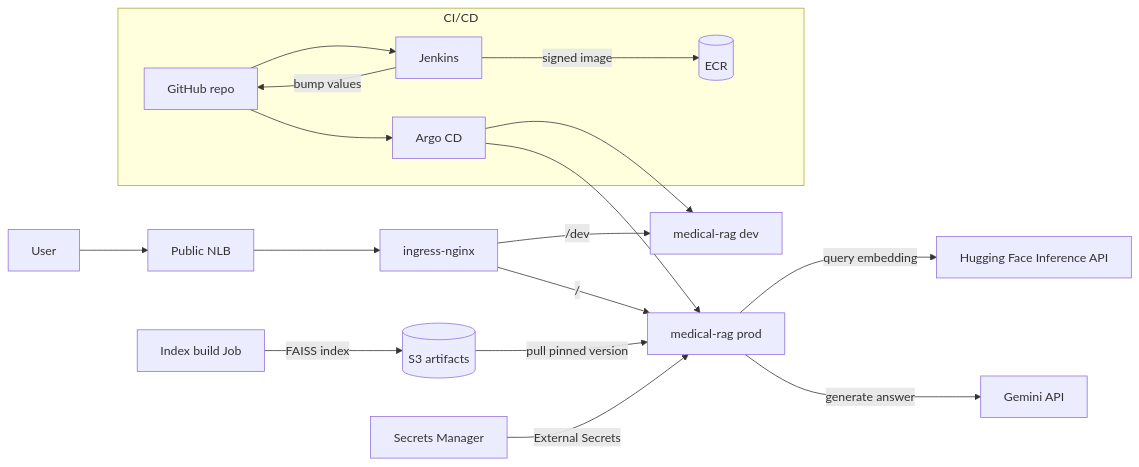
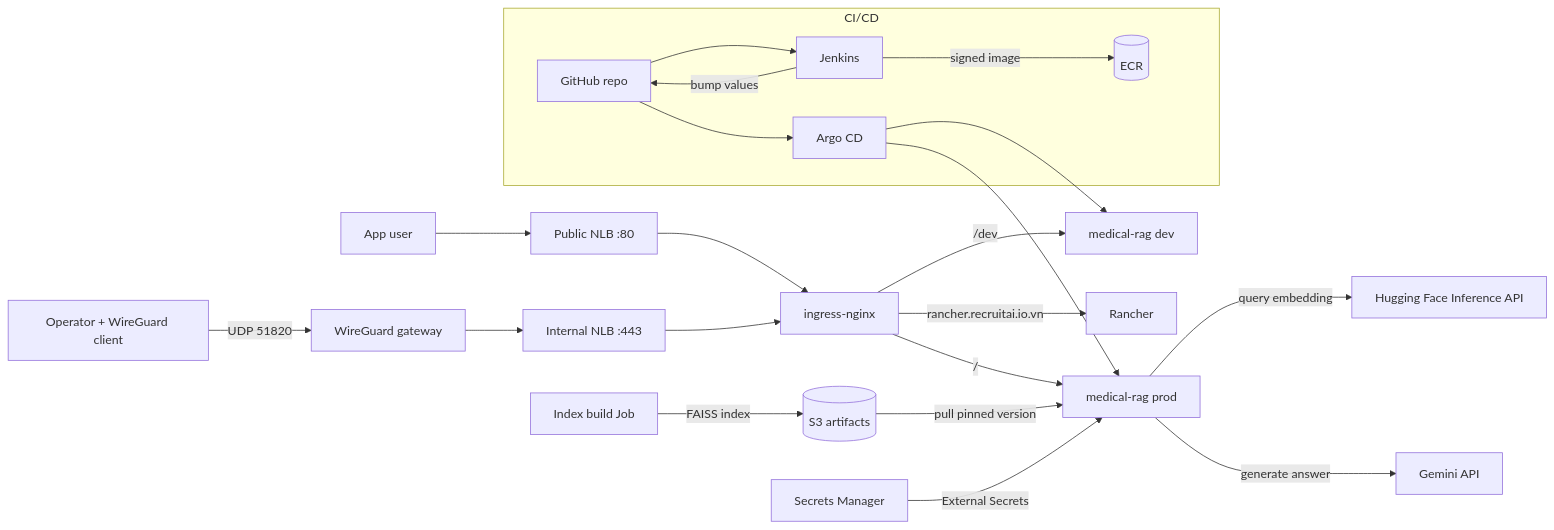
One commit to biabeogo147/Medical-RAG-Chatbot changed the diagram in README.md. Above: the diagram before and after it, drawn with Mermaid. The commit also changed other lines of this file and 5 other files, not shown here.

First line of the commit message:
docs: private Rancher access through WireGuard

````diff
--- a/README.md
+++ b/README.md
@@ -16,20 +17,23 @@
 ```mermaid
 flowchart LR
-    U[User] --> NLB[Public NLB] --> ING[ingress-nginx]
+    U[App user] --> NLB[Public NLB :80] --> ING[ingress-nginx]
     ING -->|"/dev"| DEV[medical-rag dev]
     ING -->|"/"| PROD[medical-rag prod]
+    OP[Operator + WireGuard client] -->|UDP 51820| VPN[WireGuard gateway]
+    VPN --> INLB[Internal NLB :443] --> ING
+    ING -->|rancher.recruitai.io.vn| RAN[Rancher]
     PROD -->|query embedding| HF[Hugging Face Inference API]
     PROD -->|generate answer| GM[Gemini API]
     JOB[Index build Job] -->|FAISS index| S3[(S3 artifacts)]
     S3 -->|pull pinned version| PROD
     SM[Secrets Manager] -->|External Secrets| PROD
 
     subgraph CICD [CI/CD]
       GIT[GitHub repo] --> JK[Jenkins] -->|signed image| ECR[(ECR)]
       JK -->|bump values| GIT
       GIT --> ARGO[Argo CD]
     end
 
     ARGO --> DEV
     ARGO --> PROD
 ```
````
